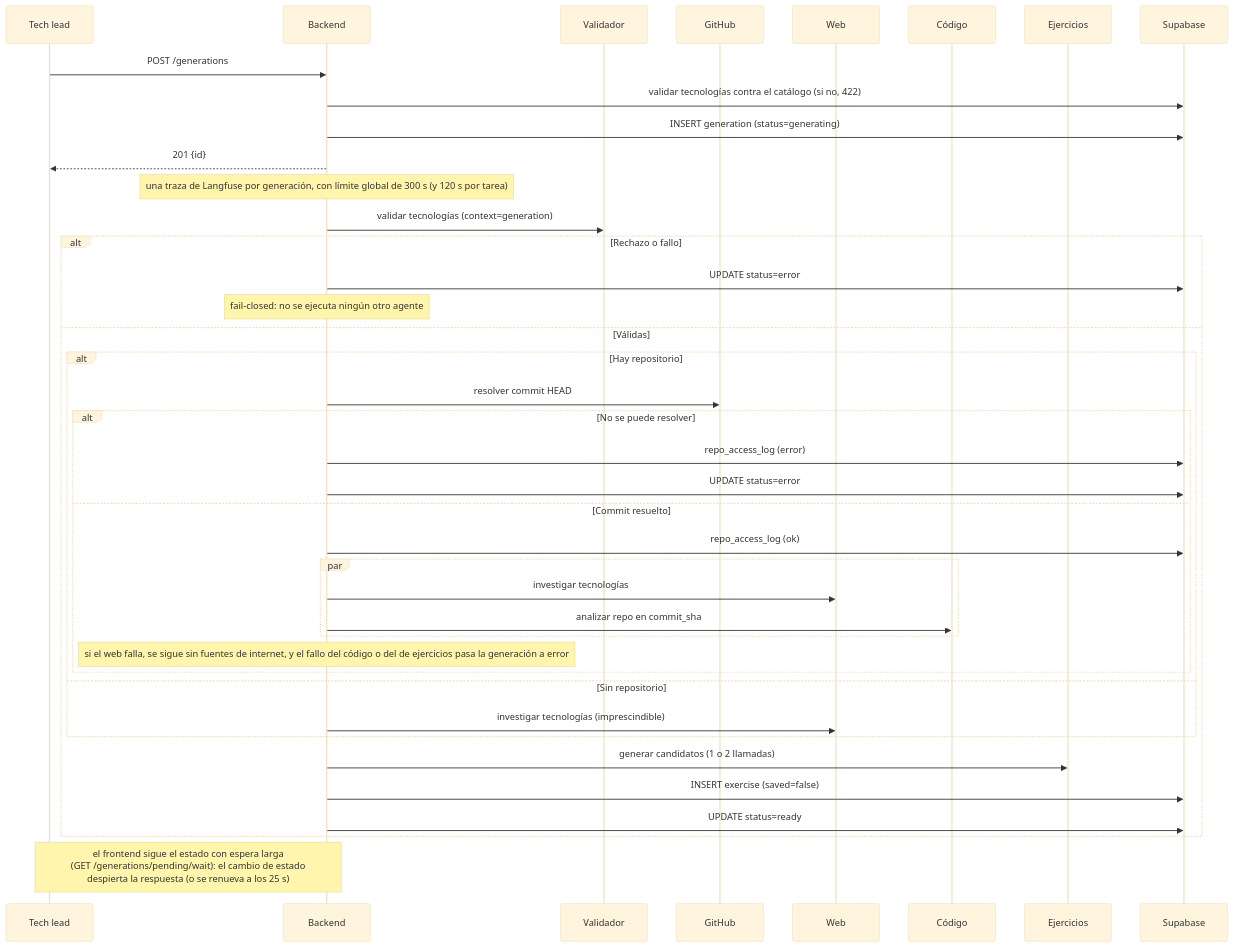
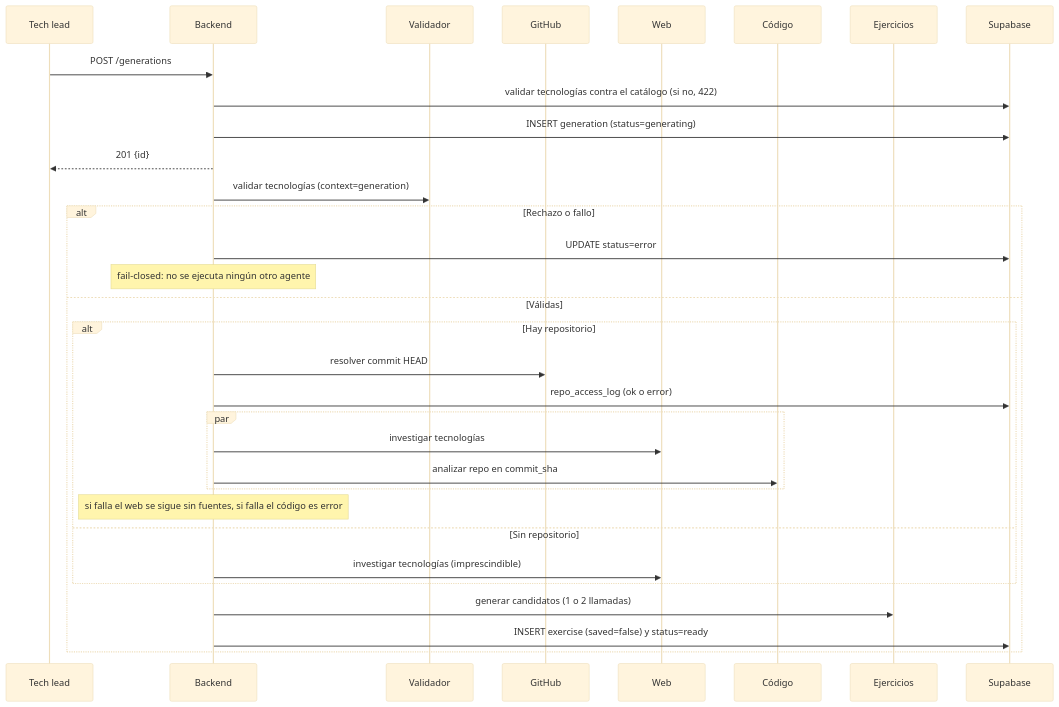
The fifth of 10 diagrams in capstone/juniortrainer-capstone.md (Mapeldorf/JuniorTrainer), drawn with Mermaid (base theme) before and after one commit. The commit also changed other lines of this file and 3 other files, not shown here.

````diff
--- a/capstone/juniortrainer-capstone.md
+++ b/capstone/juniortrainer-capstone.md
@@ -1667,43 +921,35 @@
 ```mermaid
 sequenceDiagram
     participant TL as Tech lead
     participant BE as Backend
     participant AV as Validador
     participant GH as GitHub
     participant AW as Web
     participant AC as Código
     participant AE as Ejercicios
     participant DB as Supabase
 
     TL->>BE: POST /generations
     BE->>DB: validar tecnologías contra el catálogo (si no, 422)
     BE->>DB: INSERT generation (status=generating)
     BE-->>TL: 201 {id}
-    Note over BE: una traza de Langfuse por generación, con límite global de 300 s (y 120 s por tarea)
     BE->>AV: validar tecnologías (context=generation)
     alt Rechazo o fallo
         BE->>DB: UPDATE status=error
         Note over BE: fail-closed: no se ejecuta ningún otro agente
     else Válidas
         alt Hay repositorio
             BE->>GH: resolver commit HEAD
-            alt No se puede resolver
-                BE->>DB: repo_access_log (error)
-                BE->>DB: UPDATE status=error
-            else Commit resuelto
-                BE->>DB: repo_access_log (ok)
-                par
-                    BE->>AW: investigar tecnologías
-                    BE->>AC: analizar repo en commit_sha
-                end
-                Note over BE: si el web falla, se sigue sin fuentes de internet, y el fallo del código o del de ejercicios pasa la generación a error
+            BE->>DB: repo_access_log (ok o error)
+            par
+                BE->>AW: investigar tecnologías
+                BE->>AC: analizar repo en commit_sha
             end
+            Note over BE: si falla el web se sigue sin fuentes, si falla el código es error
         else Sin repositorio
             BE->>AW: investigar tecnologías (imprescindible)
         end
         BE->>AE: generar candidatos (1 o 2 llamadas)
-        BE->>DB: INSERT exercise (saved=false)
-        BE->>DB: UPDATE status=ready
+        BE->>DB: INSERT exercise (saved=false) y status=ready
     end
-    Note over TL,BE: el frontend sigue el estado con espera larga<br/>(GET /generations/pending/wait): el cambio de estado<br/>despierta la respuesta (o se renueva a los 25 s)
 ```
````
